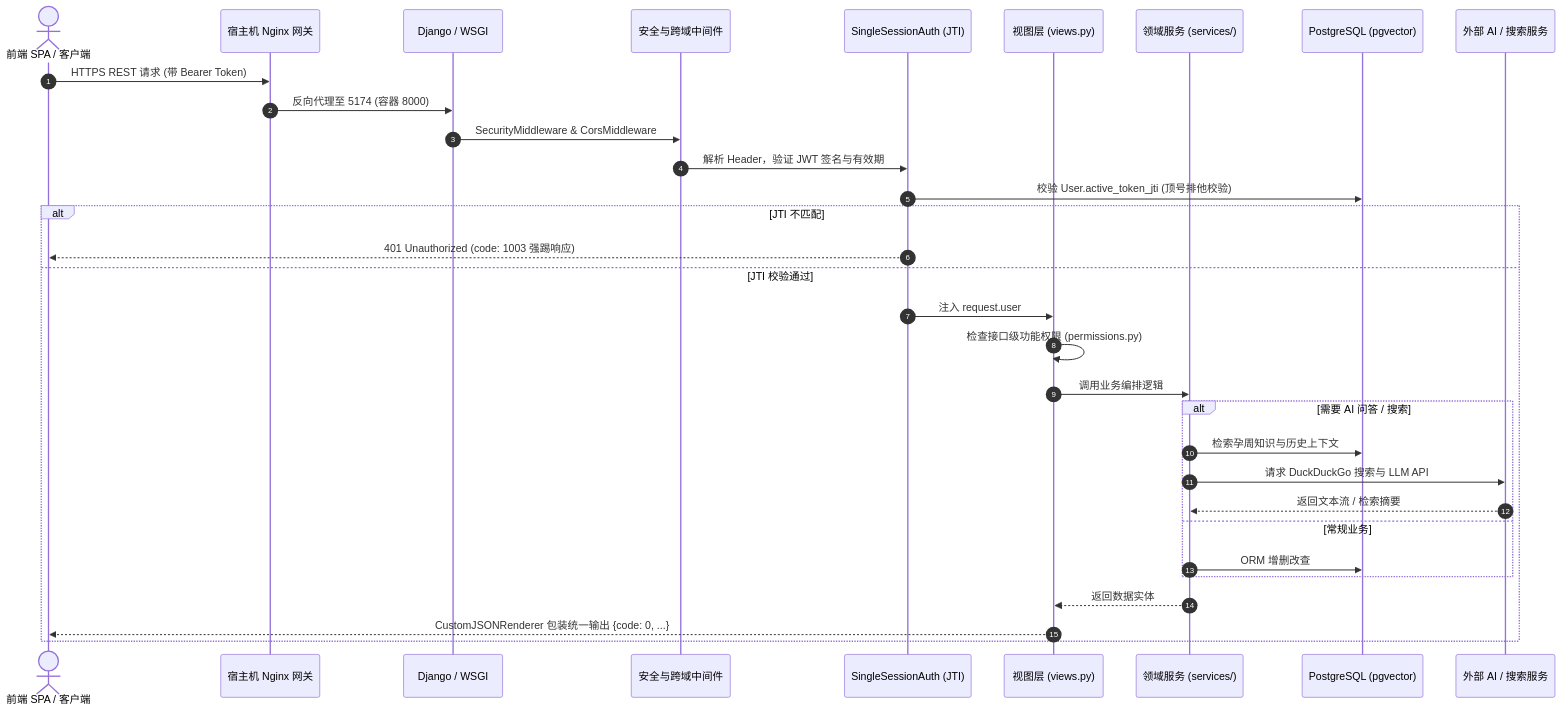
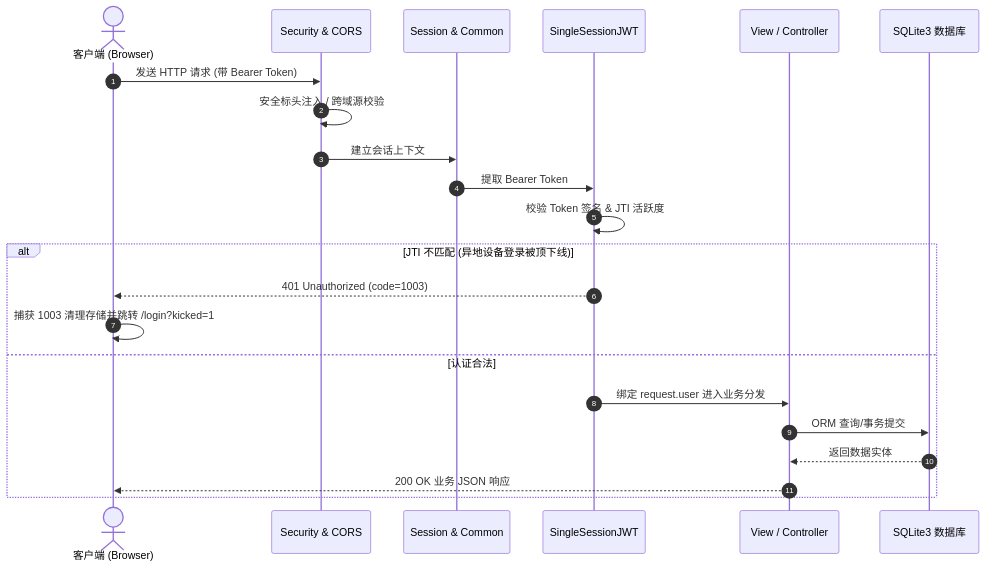
The second of 6 diagrams in docs/Project_System_Design.md (18227370901/mengya-docker), drawn with Mermaid before and after one commit. The commit also changed other lines of this file and 37 other files, not shown here.

````diff
--- a/docs/Project_System_Design.md
+++ b/docs/Project_System_Design.md
@@ -310,35 +261,27 @@
 ```mermaid
+
 sequenceDiagram
-    autonumber
-    actor Client as 前端 SPA / 客户端
-    participant Nginx as 宿主机 Nginx 网关
-    participant DjangoWSGI as Django / WSGI
-    participant SecurityMW as 安全与跨域中间件
-    participant AuthEngine as SingleSessionAuth (JTI)
-    participant ViewLayer as 视图层 (views.py)
-    participant ServiceLayer as 领域服务 (services/)
-    participant DB as PostgreSQL (pgvector)
-    participant ThirdParty as 外部 AI / 搜索服务
+autonumber
+actor Client as 客户端 (Browser)
+participant Sec as Security & CORS
+participant Session as Session & Common
+participant Auth as SingleSessionJWT
+participant View as View / Controller
+participant DB as SQLite3 数据库
 
-    Client->>Nginx: HTTPS REST 请求 (带 Bearer Token)
-    Nginx->>DjangoWSGI: 反向代理至 5174 (容器 8000)
-    DjangoWSGI->>SecurityMW: SecurityMiddleware & CorsMiddleware
-    SecurityMW->>AuthEngine: 解析 Header，验证 JWT 签名与有效期
-    AuthEngine->>DB: 校验 User.active_token_jti (顶号排他校验)
-    alt JTI 不匹配
-        AuthEngine-->>Client: 401 Unauthorized (code: 1003 强踢响应)
-    else JTI 校验通过
-        AuthEngine->>ViewLayer: 注入 request.user
-        ViewLayer->>ViewLayer: 检查接口级功能权限 (permissions.py)
-        ViewLayer->>ServiceLayer: 调用业务编排逻辑
-        alt 需要 AI 问答 / 搜索
-            ServiceLayer->>DB: 检索孕周知识与历史上下文
-            ServiceLayer->>ThirdParty: 请求 DuckDuckGo 搜索与 LLM API
-            ThirdParty-->>ServiceLayer: 返回文本流 / 检索摘要
-        else 常规业务
-            ServiceLayer->>DB: ORM 增删改查
-        end
-        ServiceLayer-->>ViewLayer: 返回数据实体
-        ViewLayer-->>Client: CustomJSONRenderer 包装统一输出 {code: 0, ...}
-    end
+Client->>Sec: 发送 HTTP 请求 (带 Bearer Token)
+Sec->>Sec: 安全标头注入 / 跨域源校验
+Sec->>Session: 建立会话上下文
+Session->>Auth: 提取 Bearer Token
+Auth->>Auth: 校验 Token 签名 & JTI 活跃度
+alt JTI 不匹配 (异地设备登录被顶下线)
+Auth-->>Client: 401 Unauthorized (code=1003)
+Client->>Client: 捕获 1003 清理存储并跳转 /login?kicked=1
+else 认证合法
+Auth->>View: 绑定 request.user 进入业务分发
+View->>DB: ORM 查询/事务提交
+DB-->>View: 返回数据实体
+View-->>Client: 200 OK 业务 JSON 响应
+end
+
 ```
````
